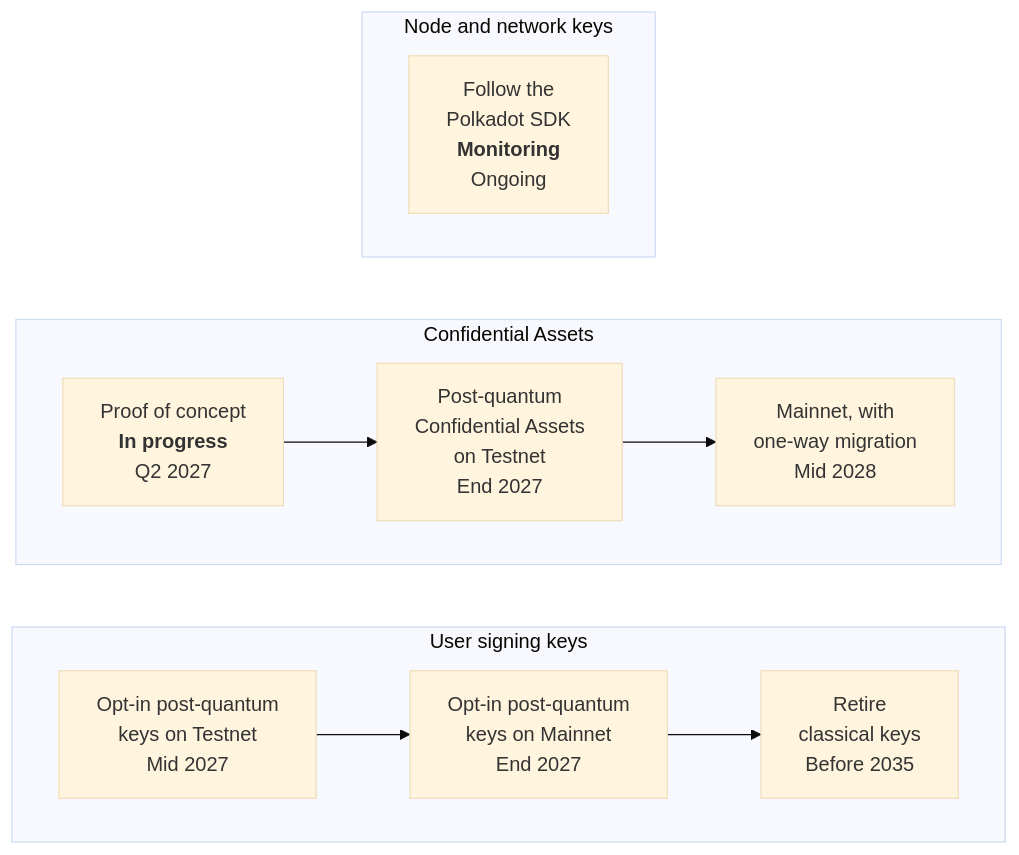
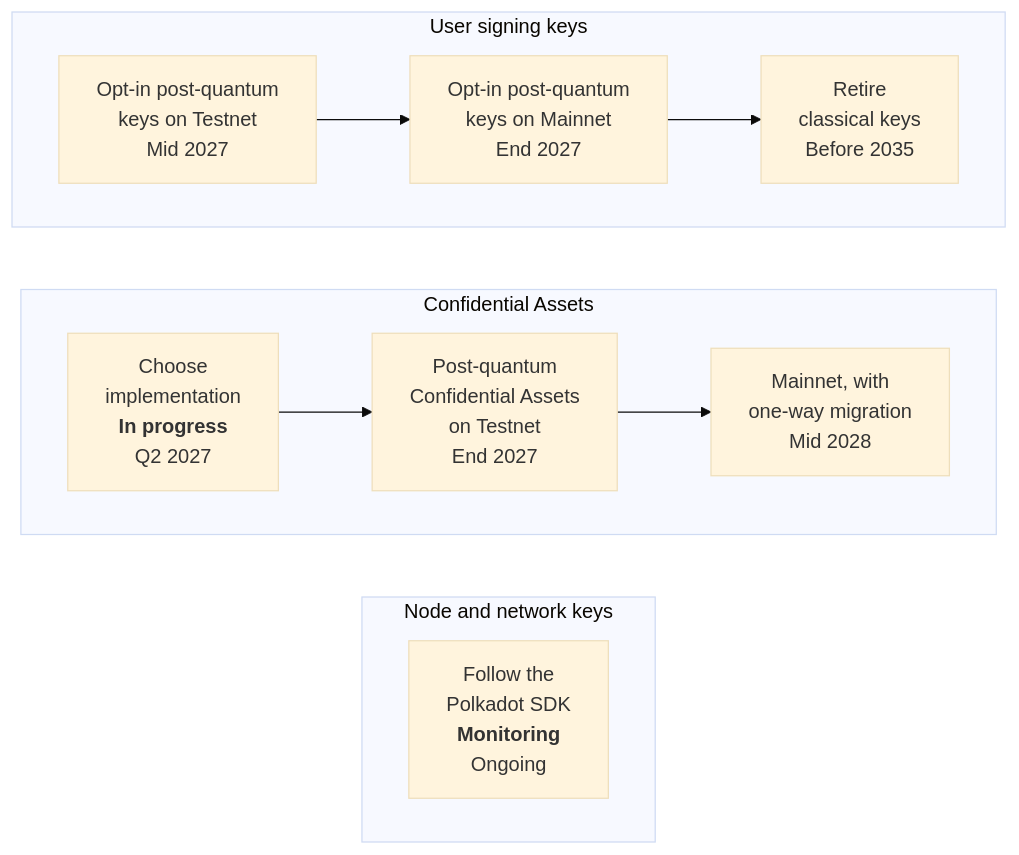
One commit to PolymeshAssociation/polymesh-documentation-site changed the diagram in docs/200-core-concepts/125-post-quantum.md. Above: the diagram before and after it, drawn with Mermaid (base theme). The commit also changed other lines of this file, not shown here.

First line of the commit message:
docs: apply review feedback to post-quantum readiness page

````diff
--- a/docs/200-core-concepts/125-post-quantum.md
+++ b/docs/200-core-concepts/125-post-quantum.md
@@ -89,15 +88,15 @@
 ```mermaid
 flowchart LR
+  subgraph NK["Node and network keys"]
+    direction LR
+    N1["Follow the<br/>Polkadot SDK<br/><b>Monitoring</b><br/>Ongoing"]
+  end
+  subgraph CA["Confidential Assets"]
+    direction LR
+    C1["Choose<br/>implementation<br/><b>In progress</b><br/>Q2 2027"] --> C2["Post-quantum<br/>Confidential Assets<br/>on Testnet<br/>End 2027"] --> C3["Mainnet, with<br/>one-way migration<br/>Mid 2028"]
+  end
   subgraph SK["User signing keys"]
     direction LR
     S1["Opt-in post-quantum<br/>keys on Testnet<br/>Mid 2027"] --> S2["Opt-in post-quantum<br/>keys on Mainnet<br/>End 2027"] --> S3["Retire<br/>classical keys<br/>Before 2035"]
   end
-  subgraph CA["Confidential Assets"]
-    direction LR
-    C1["Proof of concept<br/><b>In progress</b><br/>Q2 2027"] --> C2["Post-quantum<br/>Confidential Assets<br/>on Testnet<br/>End 2027"] --> C3["Mainnet, with<br/>one-way migration<br/>Mid 2028"]
-  end
-  subgraph NK["Node and network keys"]
-    direction LR
-    N1["Follow the<br/>Polkadot SDK<br/><b>Monitoring</b><br/>Ongoing"]
-  end
 ```
````
